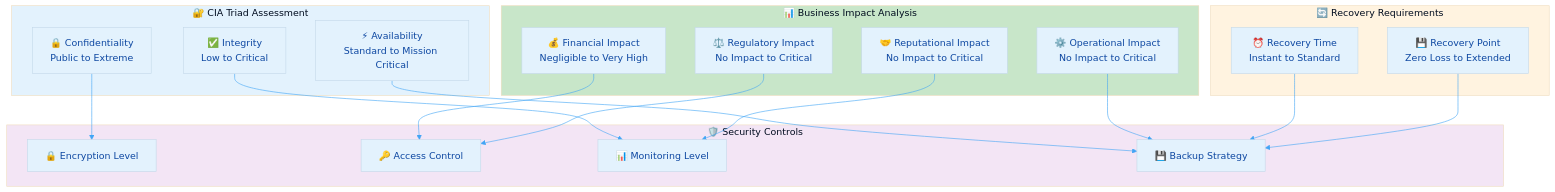
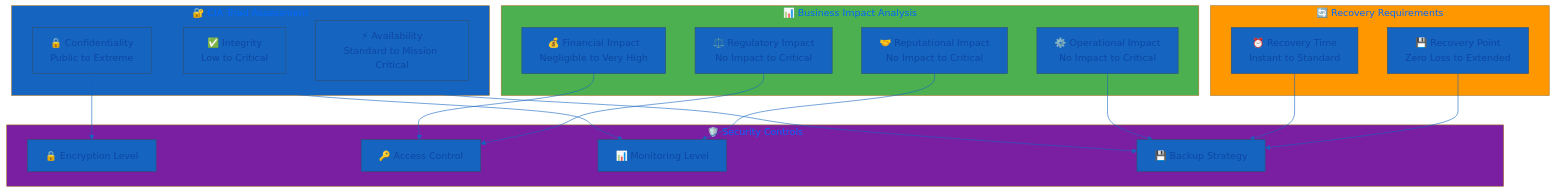
Before and after one commit to Hack23/ISMS-PUBLIC: the first of 10 diagrams in Data_Classification_Policy.md, drawn with Mermaid. The commit also changed other lines of this file and 35 other files, not shown here.

````diff
--- a/Data_Classification_Policy.md
+++ b/Data_Classification_Policy.md
@@ -62,54 +62,54 @@
 ```mermaid
 %%{
   init: {
     'theme': 'base',
     'themeVariables': {
-      'primaryColor': '#e3f2fd',
-      'primaryTextColor': '#0d47a1',
-      'lineColor': '#42a5f5',
-      'secondaryColor': '#c8e6c9',
-      'tertiaryColor': '#fff3e0'
+      'primaryColor': '#1565C0',
+      'primaryTextColor': '#0D47A1',
+      'lineColor': '#1565C0',
+      'secondaryColor': '#4CAF50',
+      'tertiaryColor': '#FF9800'
     }
   }
 }%%
 flowchart TD
     subgraph CIA["🔐 CIA Triad Assessment"]
         CONF[🔒 Confidentiality<br/>Public to Extreme]
         INTEG[✅ Integrity<br/>Low to Critical]
         AVAIL[⚡ Availability<br/>Standard to Mission Critical]
     end
     
     subgraph IMPACT["📊 Business Impact Analysis"]
         FIN[💰 Financial Impact<br/>Negligible to Very High]
         OPS[⚙️ Operational Impact<br/>No Impact to Critical]
         REP[🤝 Reputational Impact<br/>No Impact to Critical]
         REG[⚖️ Regulatory Impact<br/>No Impact to Critical]
     end
     
     subgraph RECOVERY["🔄 Recovery Requirements"]
         RTO[⏰ Recovery Time<br/>Instant to Standard]
         RPO[💾 Recovery Point<br/>Zero Loss to Extended]
     end
     
     subgraph CONTROLS["🛡️ Security Controls"]
         ENCRYPTION[🔒 Encryption Level]
         ACCESS[🔑 Access Control]
         MONITORING[📊 Monitoring Level]
         BACKUP[💾 Backup Strategy]
     end
     
     CONF --> ENCRYPTION
     INTEG --> MONITORING
     AVAIL --> BACKUP
     FIN --> ACCESS
     OPS --> BACKUP
     REP --> MONITORING
     REG --> ACCESS
     RTO --> BACKUP
     RPO --> BACKUP
     
-    style CIA fill:#e3f2fd
-    style IMPACT fill:#c8e6c9
-    style RECOVERY fill:#fff3e0
-    style CONTROLS fill:#f3e5f5
+    style CIA fill:#1565C0
+    style IMPACT fill:#4CAF50
+    style RECOVERY fill:#FF9800
+    style CONTROLS fill:#7B1FA2
 ```
````
